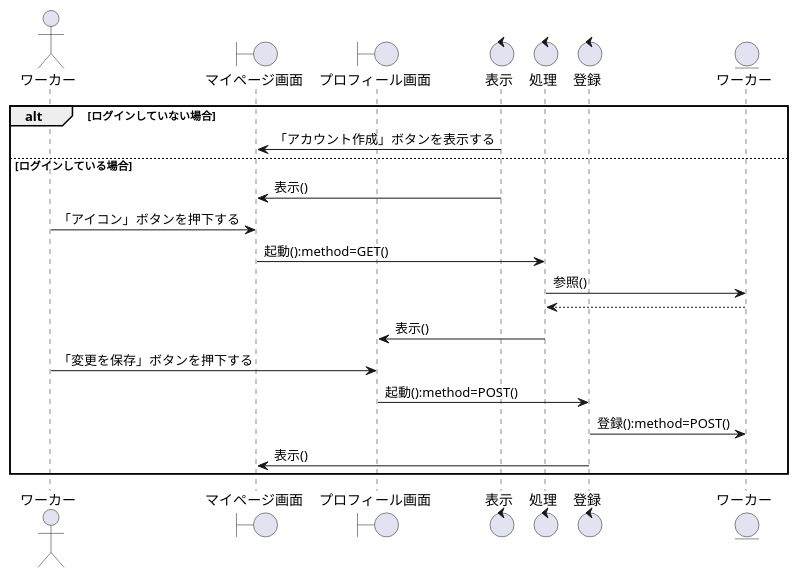
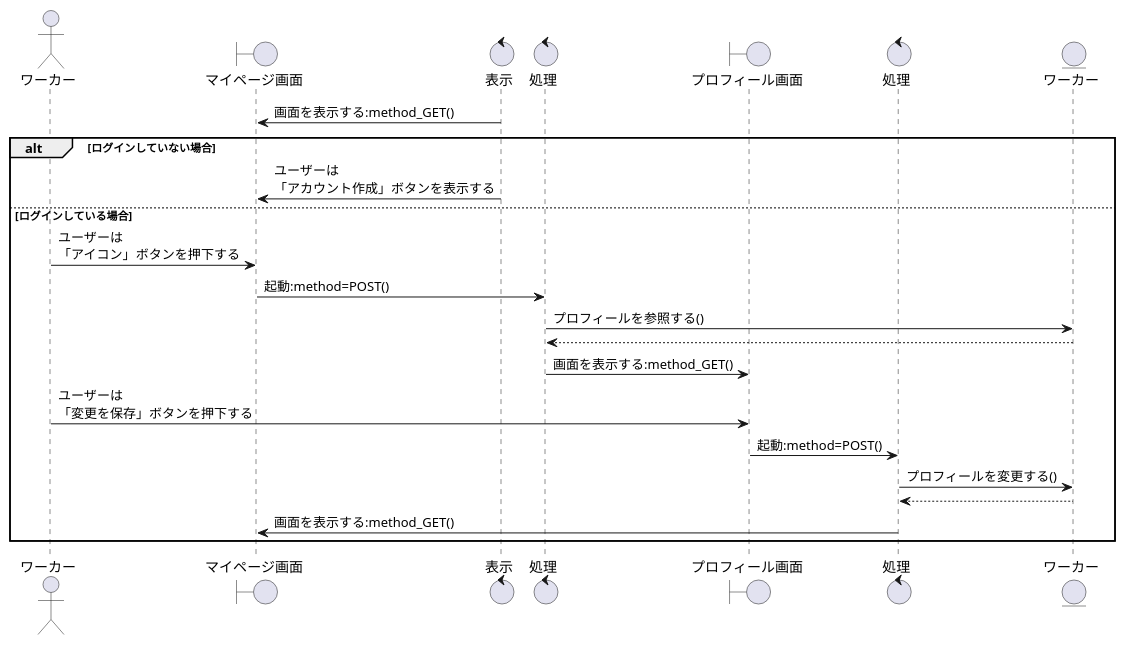
Before and after one commit to irukacb256/high_Me: the diagram in sequence_fig/7_acconts_fn/01_プロフィールの編集をする.pu, drawn with PlantUML. The commit also changed 10 other files, not shown here.

```diff
--- a/sequence_fig/7_acconts_fn/01_プロフィールの編集をする.pu
+++ b/sequence_fig/7_acconts_fn/01_プロフィールの編集をする.pu
@@ -1,31 +1,33 @@
 @startuml プロフィールの編集をする
 
 ' 1
 actor ワーカー as wo1
 
 boundary マイページ画面 as bo1
+control 表示 as co1
+control 処理 as co2
 boundary プロフィール画面 as bo2
 
-control 表示 as co1
-control 処理 as co2
-control 登録 as co3
+control 処理 as co3
 
-entity ワーカー as en1
+entity ワーカー as ac1
+
+co1 -> bo1 : 画面を表示する:method_GET()
 
 alt ログインしていない場合
-    co1 -> bo1:「アカウント作成」ボタンを表示する
+    co1 -> bo1:ユーザーは\n「アカウント作成」ボタンを表示する
 
 else ログインしている場合
-    co1 -> bo1:表示()
-    wo1 -> bo1:「アイコン」ボタンを押下する
-    bo1 -> co2:起動():method=GET()
-    co2 -> en1:参照()
-    en1 --> co2
-    co2 -> bo2:表示()
-    wo1 -> bo2:「変更を保存」ボタンを押下する
-    bo2 -> co3:起動():method=POST()
-    co3 -> en1:登録():method=POST()
-    co3 -> bo1:表示()
+    wo1 -> bo1:ユーザーは\n「アイコン」ボタンを押下する
+    bo1 -> co2:起動:method=POST()
+    co2 -> ac1:プロフィールを参照する()
+    ac1 --> co2
+    co2 -> bo2:画面を表示する:method_GET()
+    wo1 -> bo2:ユーザーは\n「変更を保存」ボタンを押下する
+    bo2 -> co3:起動:method=POST()
+    co3 -> ac1 : プロフィールを変更する()
+    co3 <-- ac1
+    co3 -> bo1:画面を表示する:method_GET()
 end
 
 @enduml
```
